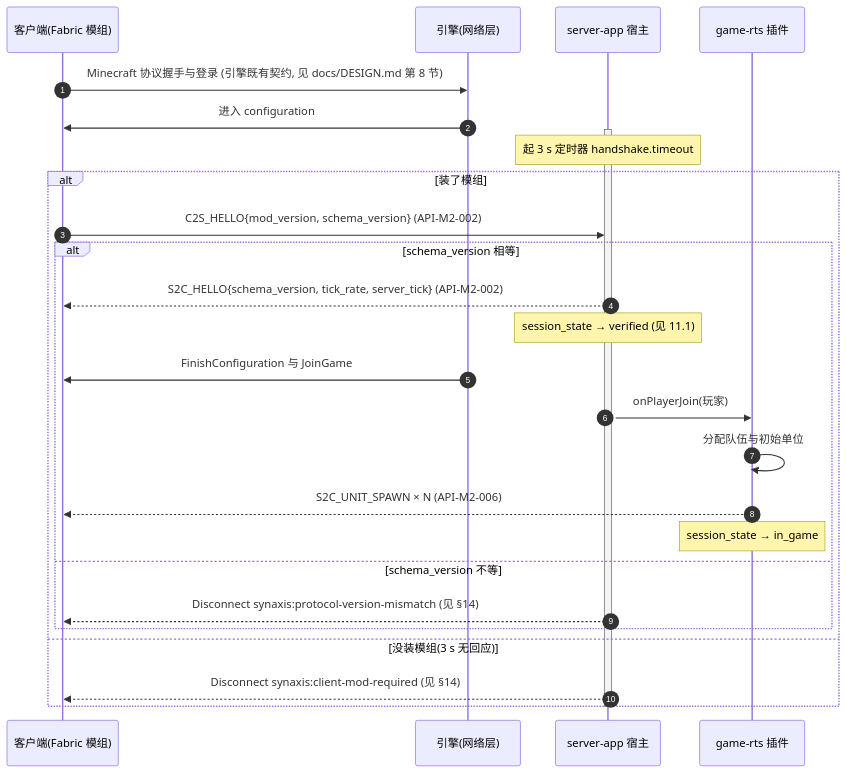
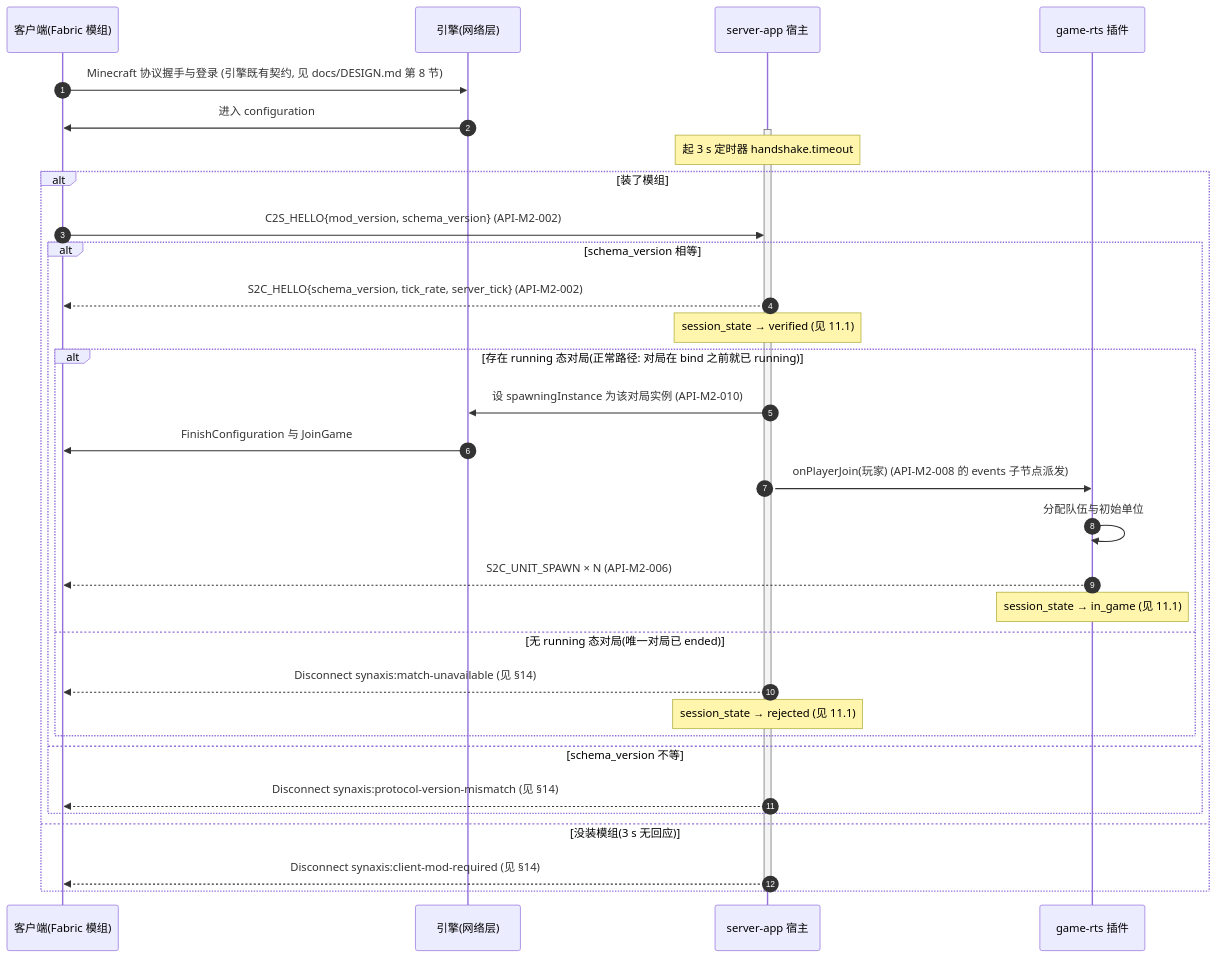
Before and after one commit to Bearisbug/synaxis: the seventh of 9 diagrams in docs/DESIGN-M2.md, drawn with Mermaid. The commit also changed other lines of this file and 2 other files, not shown here.

````diff
--- a/docs/DESIGN-M2.md
+++ b/docs/DESIGN-M2.md
@@ -488,29 +527,35 @@
 ```mermaid
 sequenceDiagram
   autonumber
   participant C as 客户端(Fabric 模组)
   participant E as 引擎(网络层)
   participant H as server-app 宿主
   participant P as game-rts 插件
   C->>E: Minecraft 协议握手与登录 (引擎既有契约, 见 docs/DESIGN.md 第 8 节)
   E->>C: 进入 configuration
   activate H
   Note over H: 起 3 s 定时器 handshake.timeout
   alt 装了模组
     C->>H: C2S_HELLO{mod_version, schema_version} (API-M2-002)
     alt schema_version 相等
       H-->>C: S2C_HELLO{schema_version, tick_rate, server_tick} (API-M2-002)
       Note over H: session_state → verified (见 11.1)
-      E->>C: FinishConfiguration 与 JoinGame
-      H->>P: onPlayerJoin(玩家)
-      P->>P: 分配队伍与初始单位
-      P-->>C: S2C_UNIT_SPAWN × N (API-M2-006)
-      Note over P: session_state → in_game
+      alt 存在 running 态对局(正常路径: 对局在 bind 之前就已 running)
+        H->>E: 设 spawningInstance 为该对局实例 (API-M2-010)
+        E->>C: FinishConfiguration 与 JoinGame
+        H->>P: onPlayerJoin(玩家) (API-M2-008 的 events 子节点派发)
+        P->>P: 分配队伍与初始单位
+        P-->>C: S2C_UNIT_SPAWN × N (API-M2-006)
+        Note over P: session_state → in_game (见 11.1)
+      else 无 running 态对局(唯一对局已 ended)
+        H-->>C: Disconnect synaxis:match-unavailable (见 §14)
+        Note over H: session_state → rejected (见 11.1)
+      end
     else schema_version 不等
       H-->>C: Disconnect synaxis:protocol-version-mismatch (见 §14)
     end
   else 没装模组(3 s 无回应)
     H-->>C: Disconnect synaxis:client-mod-required (见 §14)
   end
   deactivate H
 ```
````
